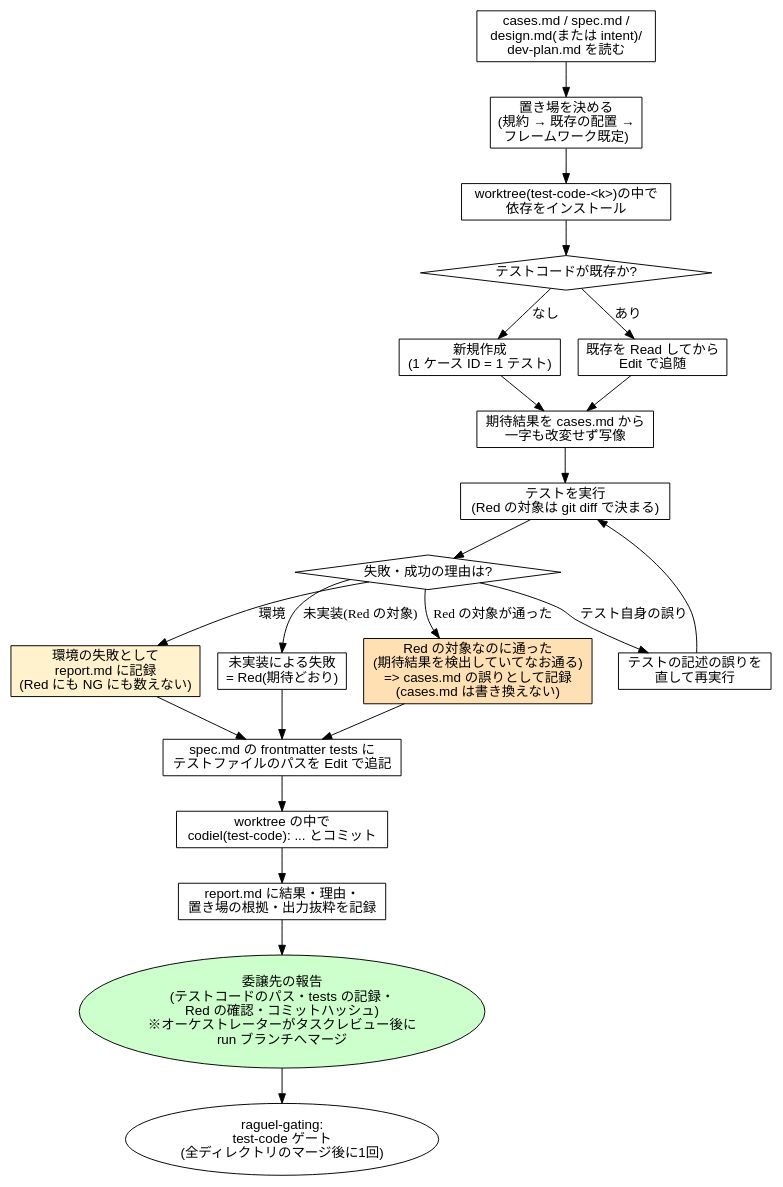
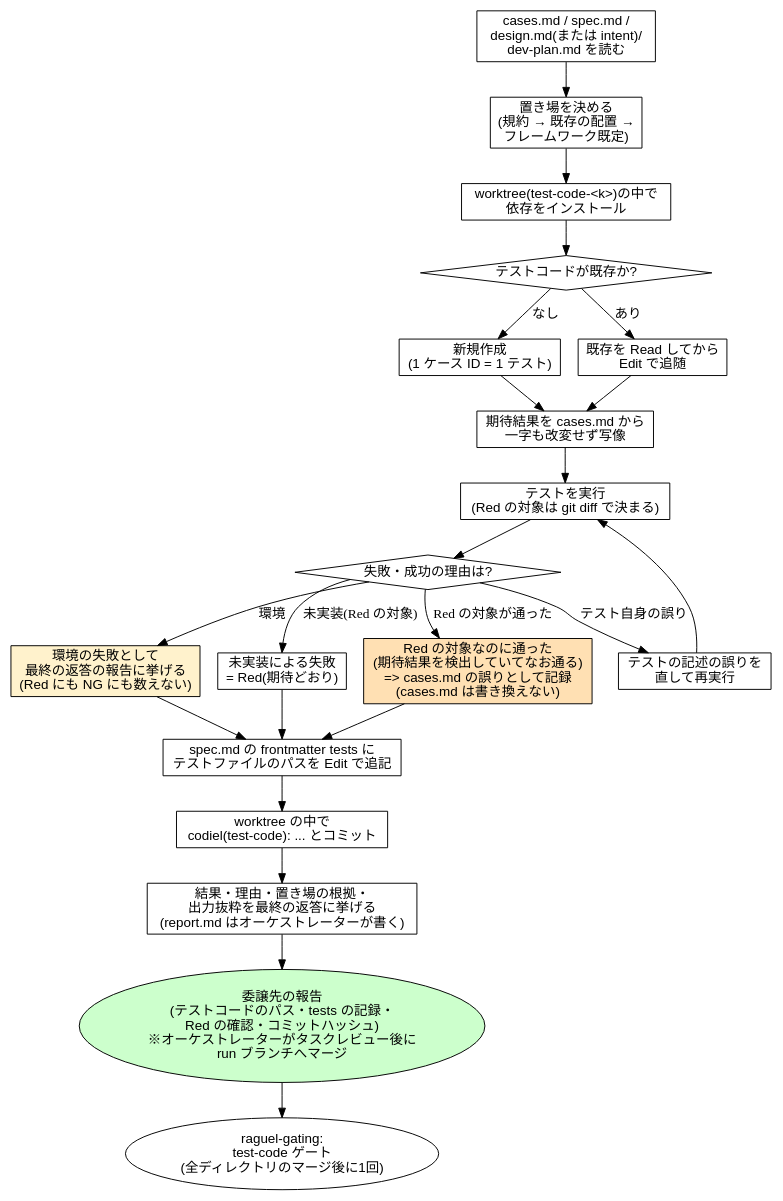
One commit to Amatsuka-kobo/amatsuka-claude-plugins changed the seventh of 15 diagrams in plugins/codiel/docs/skill-flowcharts.md. Above: the diagram before and after it, drawn with Graphviz. The commit also changed other lines of this file and 21 other files, not shown here.

````diff
--- a/plugins/codiel/docs/skill-flowcharts.md
+++ b/plugins/codiel/docs/skill-flowcharts.md
@@ -254,41 +254,41 @@
 ```dot
 digraph scripting_tests {
   rankdir=TB;
   node [fontname="sans-serif"];
 
   read_inputs [label="cases.md / spec.md /\ndesign.md(または intent)/\ndev-plan.md を読む", shape=box];
   decide_place [label="置き場を決める\n(規約 → 既存の配置 →\nフレームワーク既定)", shape=box];
   install [label="worktree(test-code-<k>)の中で\n依存をインストール", shape=box];
   exists [label="テストコードが既存か?", shape=diamond];
   create [label="新規作成\n(1 ケース ID = 1 テスト)", shape=box];
   update [label="既存を Read してから\nEdit で追随", shape=box];
   map_expect [label="期待結果を cases.md から\n一字も改変せず写像", shape=box];
   run [label="テストを実行\n(Red の対象は git diff で決まる)", shape=box];
   reason [label="失敗・成功の理由は?", shape=diamond];
-  env_fail [label="環境の失敗として\nreport.md に記録\n(Red にも NG にも数えない)", shape=box, style=filled, fillcolor="#fff2cc"];
+  env_fail [label="環境の失敗として\n最終の返答の報告に挙げる\n(Red にも NG にも数えない)", shape=box, style=filled, fillcolor="#fff2cc"];
   test_bug [label="テストの記述の誤りを\n直して再実行", shape=box];
   red_ok [label="未実装による失敗\n= Red(期待どおり)", shape=box];
   cases_wrong [label="Red の対象なのに通った\n(期待結果を検出していてなお通る)\n=> cases.md の誤りとして記録\n(cases.md は書き換えない)", shape=box, style=filled, fillcolor="#ffe0b3"];
   record_tests [label="spec.md の frontmatter tests に\nテストファイルのパスを Edit で追記", shape=box];
   commit [label="worktree の中で\ncodiel(test-code): ... とコミット", shape=box];
-  report [label="report.md に結果・理由・\n置き場の根拠・出力抜粋を記録", shape=box];
+  report [label="結果・理由・置き場の根拠・\n出力抜粋を最終の返答に挙げる\n(report.md はオーケストレーターが書く)", shape=box];
   done [label="委譲先の報告\n(テストコードのパス・tests の記録・\nRed の確認・コミットハッシュ)\n※オーケストレーターがタスクレビュー後に\nrun ブランチへマージ", shape=ellipse, style=filled, fillcolor="#ccffcc"];
   gate [label="raguel-gating:\ntest-code ゲート\n(全ディレクトリのマージ後に1回)", shape=ellipse];
 
   read_inputs -> decide_place -> install -> exists;
   exists -> create [label="なし"];
   exists -> update [label="あり"];
   create -> map_expect;
   update -> map_expect;
   map_expect -> run -> reason;
   reason -> env_fail [label="環境"];
   reason -> test_bug [label="テスト自身の誤り"];
   reason -> red_ok [label="未実装(Red の対象)"];
   reason -> cases_wrong [label="Red の対象が通った"];
   test_bug -> run;
   red_ok -> record_tests;
   cases_wrong -> record_tests;
   env_fail -> record_tests;
   record_tests -> commit -> report -> done -> gate;
 }
 ```
````
